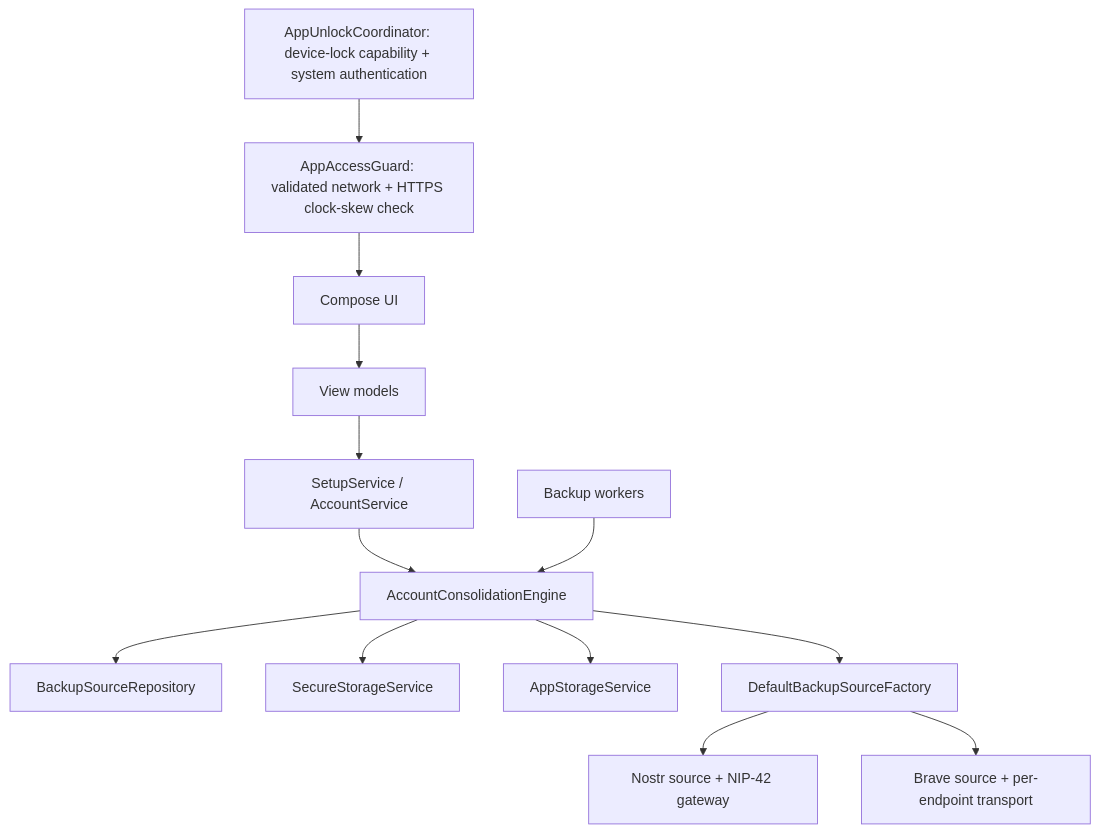
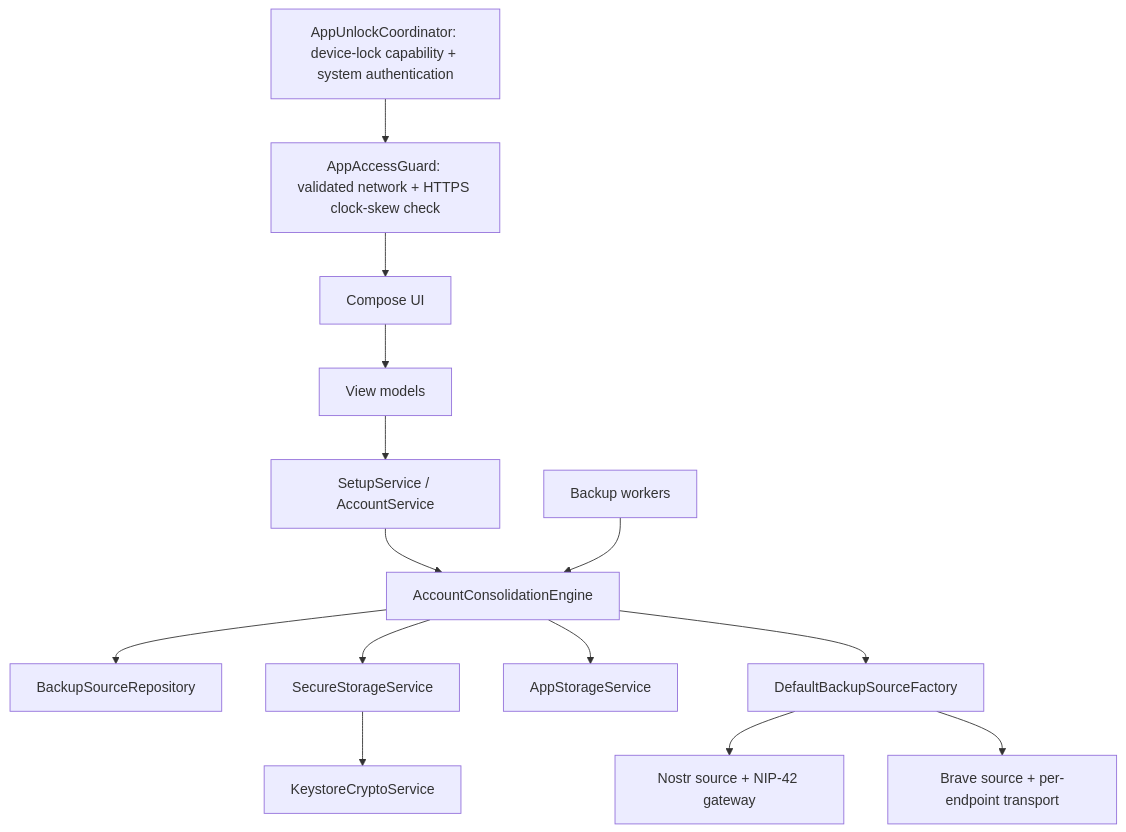
One commit to ZenTenApp/vault-kotlin changed the diagram in docs/technical/architecture.md. Above: the diagram before and after it, drawn with Mermaid. The commit also changed other lines of this file and 11 other files, not shown here.

````diff
--- a/docs/technical/architecture.md
+++ b/docs/technical/architecture.md
@@ -29,15 +29,16 @@
 ```mermaid
 flowchart TD
     Unlock[AppUnlockCoordinator: device-lock capability + system authentication] --> Guard[AppAccessGuard: validated network + HTTPS clock-skew check]
     Guard --> UI[Compose UI]
     UI[Compose UI] --> VM[View models]
     VM --> Setup[SetupService / AccountService]
     Setup --> Engine[AccountConsolidationEngine]
     Workers[Backup workers] --> Engine
     Engine --> Repo[BackupSourceRepository]
     Engine --> Secure[SecureStorageService]
+    Secure --> Crypto[KeystoreCryptoService]
     Engine --> State[AppStorageService]
     Engine --> Factory[DefaultBackupSourceFactory]
     Factory --> Relay[Nostr source + NIP-42 gateway]
     Factory --> Brave[Brave source + per-endpoint transport]
 ```
````
